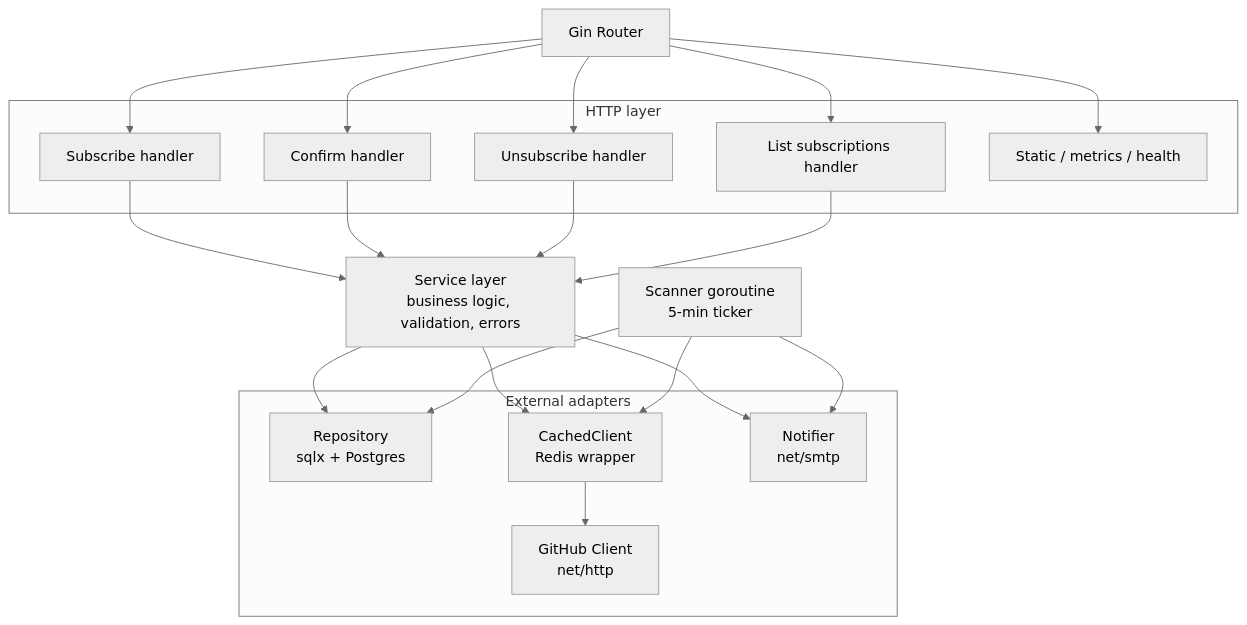
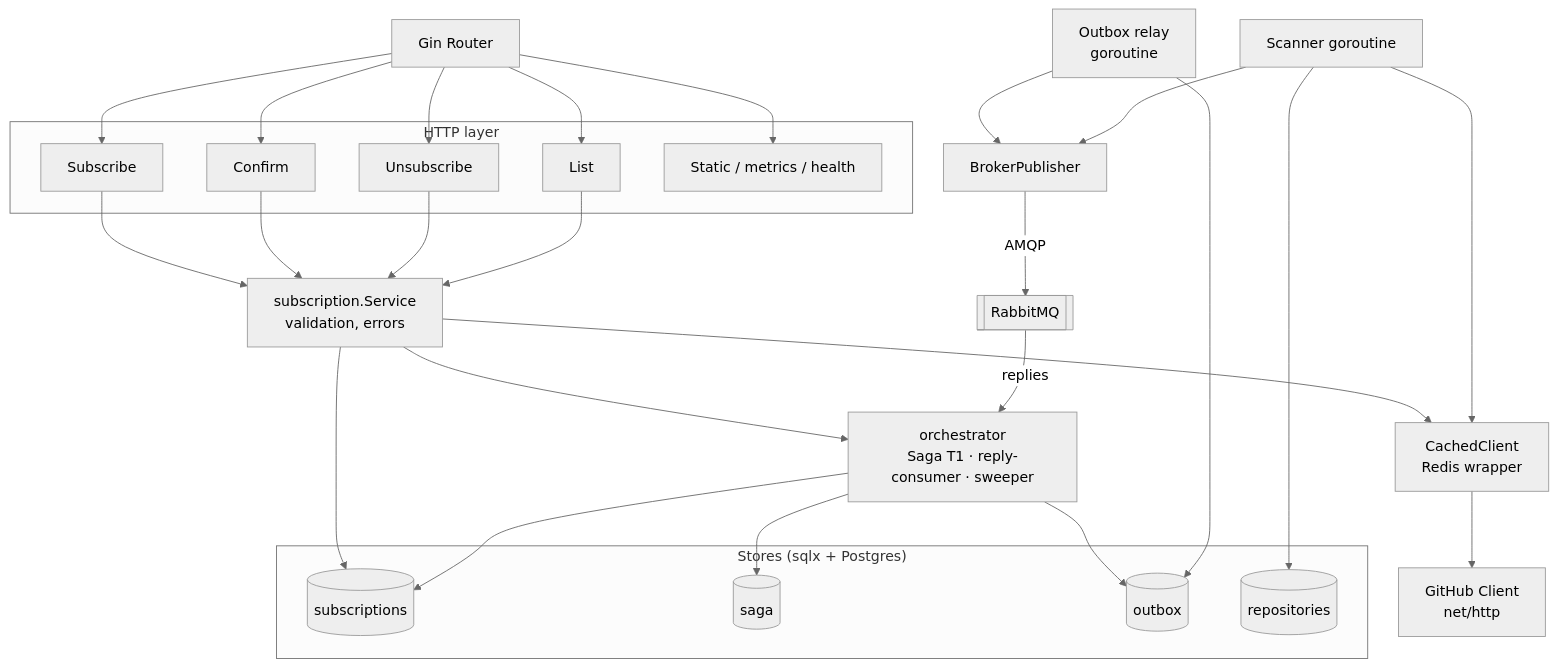
One commit to GenesisEducationKyiv/software-engineering-school-6-0-Yurii-Levchenko changed the second of 5 diagrams in system-design/README.md. Above: the diagram before and after it, drawn with Mermaid (neutral theme). The commit also changed other lines of this file and 1 other file, not shown here.

Commit message:
docs(hw9): update system-design + README for the 2-process saga architecture

````diff
--- a/system-design/README.md
+++ b/system-design/README.md
@@ -123,29 +132,40 @@
 ```mermaid
 flowchart TB
     Router[Gin Router]
 
     subgraph "HTTP layer"
-        H1[Subscribe handler]
-        H2[Confirm handler]
-        H3[Unsubscribe handler]
-        H4[List subscriptions handler]
+        H1[Subscribe]
+        H2[Confirm]
+        H3[Unsubscribe]
+        H4[List]
         Static[Static / metrics / health]
     end
 
-    Service[Service layer<br/>business logic, validation, errors]
+    Service[subscription.Service<br/>validation, errors]
+    Orch[orchestrator<br/>Saga T1 · reply-consumer · sweeper]
 
-    subgraph "External adapters"
-        Repo[Repository<br/>sqlx + Postgres]
-        Cached[CachedClient<br/>Redis wrapper]
-        GHClient[GitHub Client<br/>net/http]
-        Notifier[Notifier<br/>net/smtp]
+    subgraph "Stores (sqlx + Postgres)"
+        SubStore[(subscriptions)]
+        SagaStore[(saga)]
+        OutboxStore[(outbox)]
+        TrackStore[(repositories)]
     end
 
-    Scanner[Scanner goroutine<br/>5-min ticker]
+    Cached[CachedClient<br/>Redis wrapper]
+    GHClient[GitHub Client<br/>net/http]
+    Publisher[BrokerPublisher]
+    Relay[Outbox relay<br/>goroutine]
+    Scanner[Scanner goroutine]
+    MQ[[RabbitMQ]]
 
     Router --> H1 & H2 & H3 & H4 & Static
     H1 & H2 & H3 & H4 --> Service
-    Service --> Repo & Cached & Notifier
+    Service --> SubStore & Cached & Orch
+    Orch --> SubStore & SagaStore & OutboxStore
     Cached --> GHClient
-    Scanner --> Repo & Cached & Notifier
+    Relay --> OutboxStore
+    Relay --> Publisher
+    Scanner --> TrackStore & Cached & Publisher
+    Publisher -->|AMQP| MQ
+    MQ -->|replies| Orch
 ```
````
